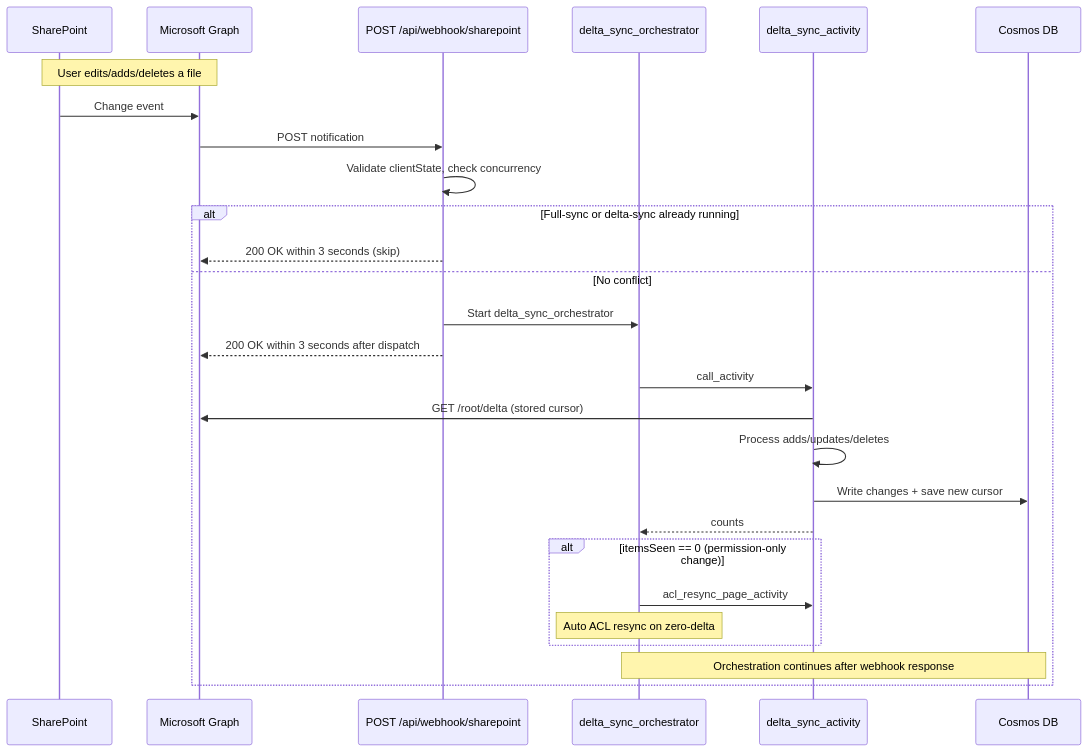
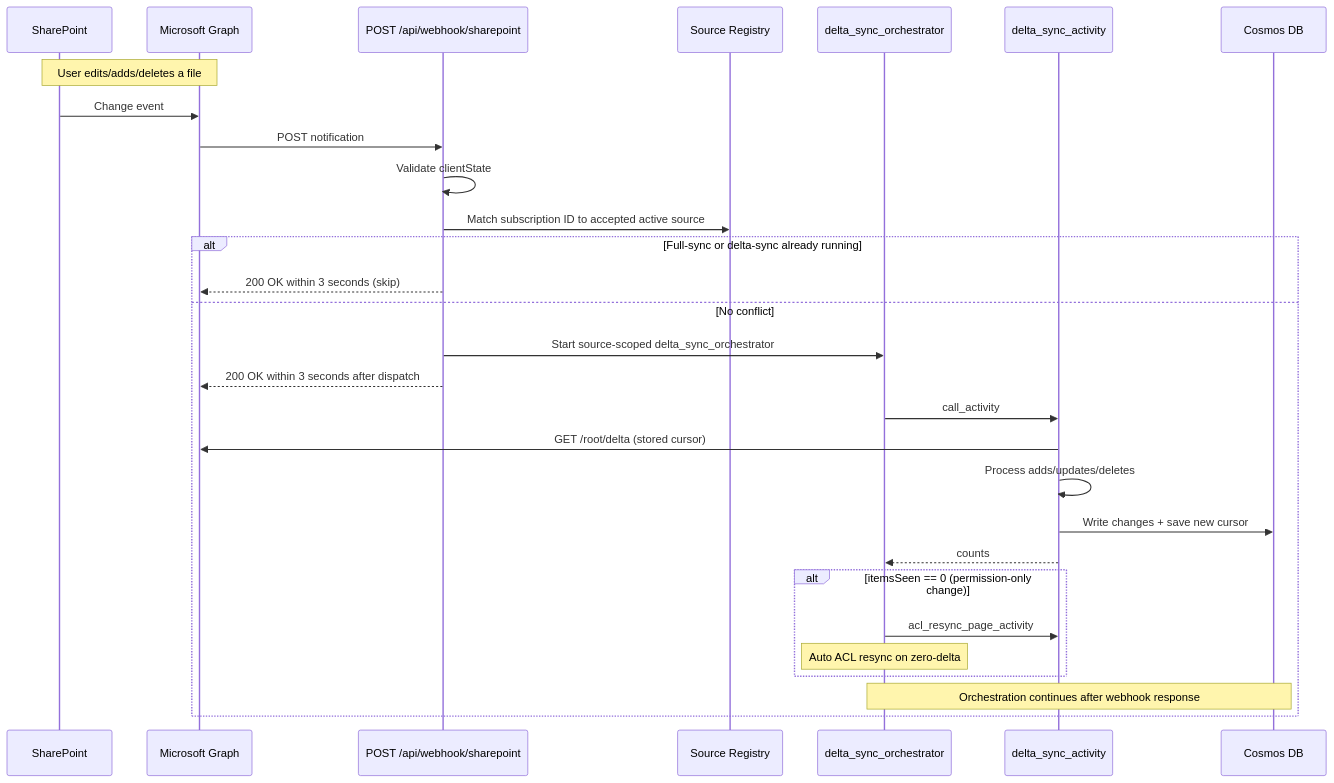
Before and after one commit to HariVamsiChittari1/enterprise-rag-pipeline: the seventh of 14 diagrams in docs/ARCHITECTURE.md, drawn with Mermaid. The commit also changed other lines of this file and 129 other files, not shown here.

````diff
--- a/docs/ARCHITECTURE.md
+++ b/docs/ARCHITECTURE.md
@@ -308,30 +400,32 @@
 ```mermaid
 sequenceDiagram
     participant SP as SharePoint
     participant Graph as Microsoft Graph
     participant Webhook as POST /api/webhook/sharepoint
+    participant Registry as Source Registry
     participant Orch as delta_sync_orchestrator
     participant Act as delta_sync_activity
     participant Cosmos as Cosmos DB
 
     Note over SP,Graph: User edits/adds/deletes a file
     SP->>Graph: Change event
     Graph->>Webhook: POST notification
-    Webhook->>Webhook: Validate clientState, check concurrency
+    Webhook->>Webhook: Validate clientState
+    Webhook->>Registry: Match subscription ID to accepted active source
     alt Full-sync or delta-sync already running
         Webhook-->>Graph: 200 OK within 3 seconds (skip)
     else No conflict
-        Webhook->>Orch: Start delta_sync_orchestrator
+        Webhook->>Orch: Start source-scoped delta_sync_orchestrator
         Webhook-->>Graph: 200 OK within 3 seconds after dispatch
         Orch->>Act: call_activity
         Act->>Graph: GET /root/delta (stored cursor)
         Act->>Act: Process adds/updates/deletes
         Act->>Cosmos: Write changes + save new cursor
         Act-->>Orch: counts
         alt itemsSeen == 0 (permission-only change)
             Orch->>Act: acl_resync_page_activity
             Note over Orch: Auto ACL resync on zero-delta
         end
         Note over Orch,Cosmos: Orchestration continues after webhook response
     end
 ```
````
